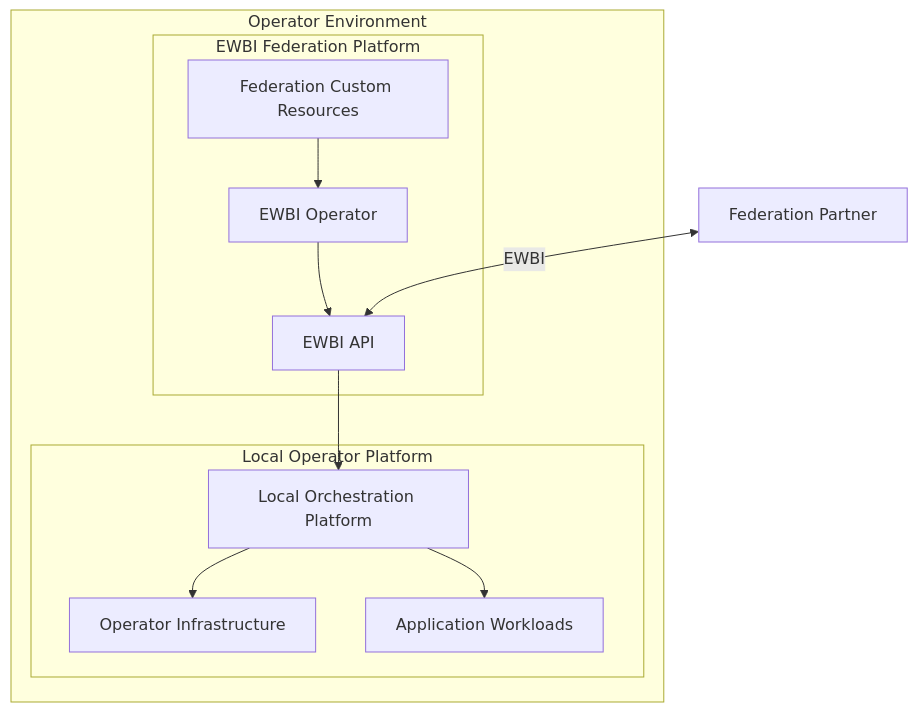
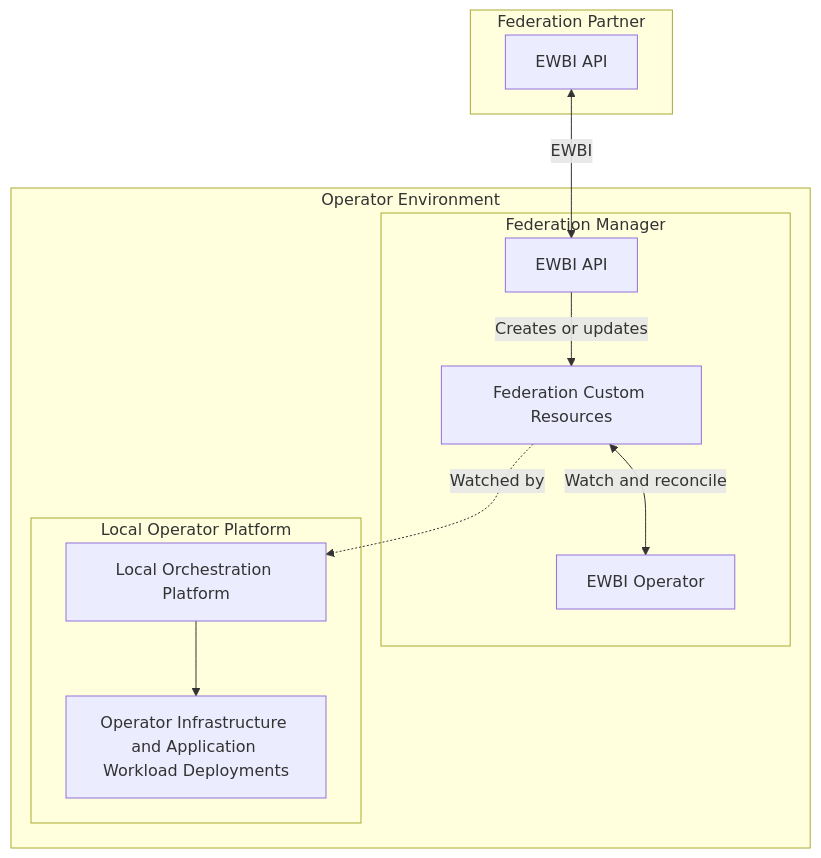
Before and after one commit to neonephos-katalis/opg-ewbi-documentation: the second of 4 diagrams in docs/architecture.md, drawn with Mermaid. The commit also changed other lines of this file and 6 other files, not shown here.

````diff
--- a/docs/architecture.md
+++ b/docs/architecture.md
@@ -114,28 +96,28 @@
 ```mermaid
 flowchart TB
-
     subgraph OP["Operator Environment"]
-
-        subgraph FED["EWBI Federation Platform"]
+        subgraph FED["Federation Manager"]
+            API["EWBI API"]
             CR["Federation Custom Resources"]
             OPERATOR["EWBI Operator"]
-            API["EWBI API"]
 
-            CR --> OPERATOR
-            OPERATOR --> API
+            API -->|"Creates or updates"| CR
+            CR <-->|"Watch and reconcile"| OPERATOR
         end
 
         subgraph LOCAL["Local Operator Platform"]
             ORCH["Local Orchestration Platform"]
-            INFRA["Operator Infrastructure"]
-            WORK["Application Workloads"]
+            INFRA["Operator Infrastructure and Application Workload Deployments"]
 
             ORCH --> INFRA
-            ORCH --> WORK
         end
 
-        API --> ORCH
+        CR -.->|"Watched by"| ORCH
     end
 
-    PARTNER["Federation Partner"] <--> |"EWBI"| API
+    subgraph PARTNER["Federation Partner"]
+        PARTNER_API["EWBI API"]
+    end
+
+    PARTNER_API <-->|"EWBI"| API
 ```
````
